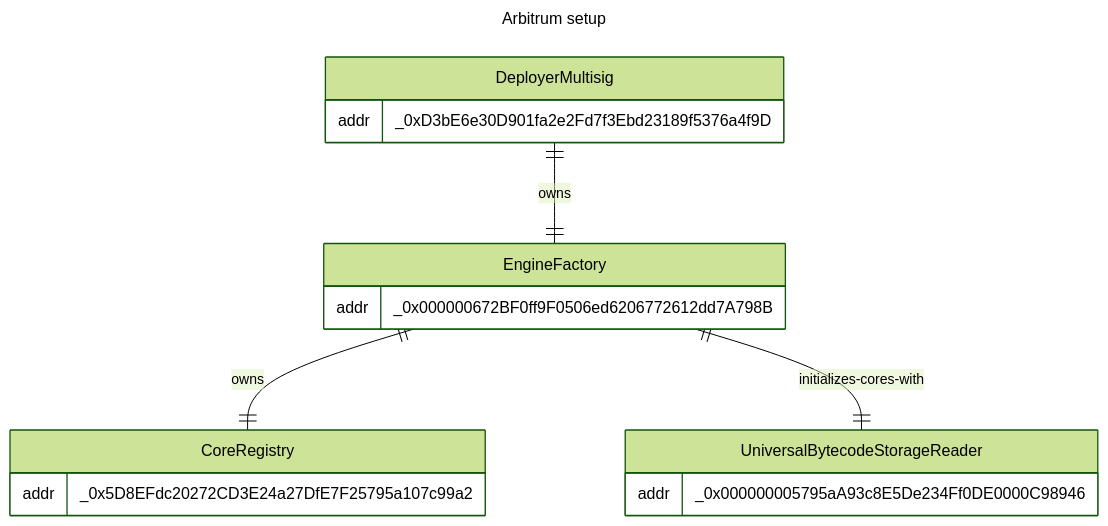
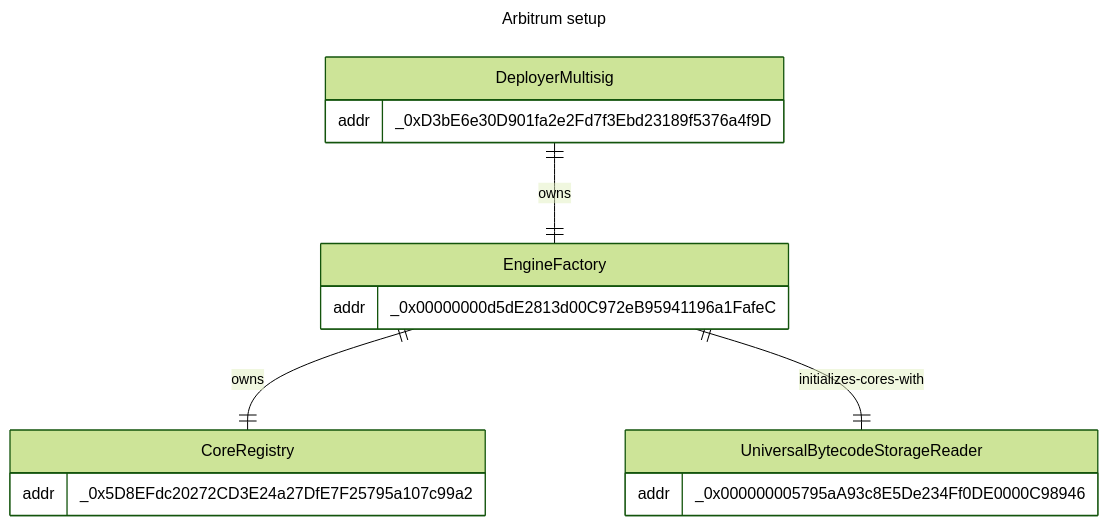
Before and after one commit to ArtBlocks/artblocks-contracts: the second of 6 diagrams in packages/contracts/INFRASTRUCTURE.md, drawn with Mermaid (forest theme). The commit also changed other lines of this file and 17 other files, not shown here.

````diff
--- a/packages/contracts/INFRASTRUCTURE.md
+++ b/packages/contracts/INFRASTRUCTURE.md
@@ -68,21 +59,21 @@
 ```mermaid
 ---
 title: Arbitrum setup
 ---
 erDiagram
     DeployerMultisig ||--|| EngineFactory : owns
     EngineFactory ||--|| CoreRegistry : owns
     EngineFactory ||--|| UniversalBytecodeStorageReader : initializes-cores-with
     DeployerMultisig {
         addr _0xD3bE6e30D901fa2e2Fd7f3Ebd23189f5376a4f9D
     }
     EngineFactory {
-        addr _0x000000672BF0ff9F0506ed6206772612dd7A798B
+        addr _0x00000000d5dE2813d00C972eB95941196a1FafeC
     }
     CoreRegistry {
         addr _0x5D8EFdc20272CD3E24a27DfE7F25795a107c99a2
     }
     UniversalBytecodeStorageReader {
         addr _0x000000005795aA93c8E5De234Ff0DE0000C98946
     }
 ```
````
